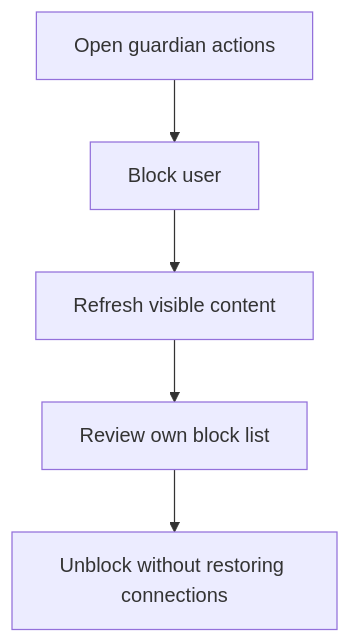
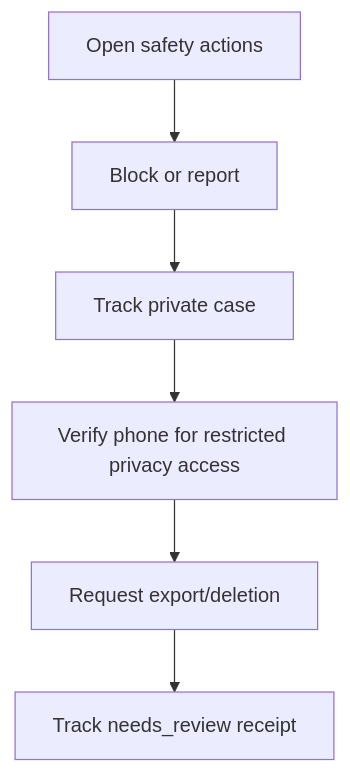
One commit to thams-geth/dogdating-api changed the diagram in docs/handovers/M11.md. Above: the diagram before and after it, drawn with Mermaid. The commit also changed other lines of this file and 17 other files, not shown here.

Commit message:
feat(safety): add private cases appeals and restricted privacy requests

````diff
--- a/docs/handovers/M11.md
+++ b/docs/handovers/M11.md
@@ -15,12 +15,14 @@
 ```mermaid
 flowchart TD
-  S0["Open guardian actions"]
-  S1["Block user"]
-  S2["Refresh visible content"]
-  S3["Review own block list"]
-  S4["Unblock without restoring connections"]
+  S0["Open safety actions"]
+  S1["Block or report"]
+  S2["Track private case"]
+  S3["Verify phone for restricted privacy access"]
+  S4["Request export/deletion"]
+  S5["Track needs_review receipt"]
   S0 --> S1
   S1 --> S2
   S2 --> S3
   S3 --> S4
+  S4 --> S5
 ```
````
